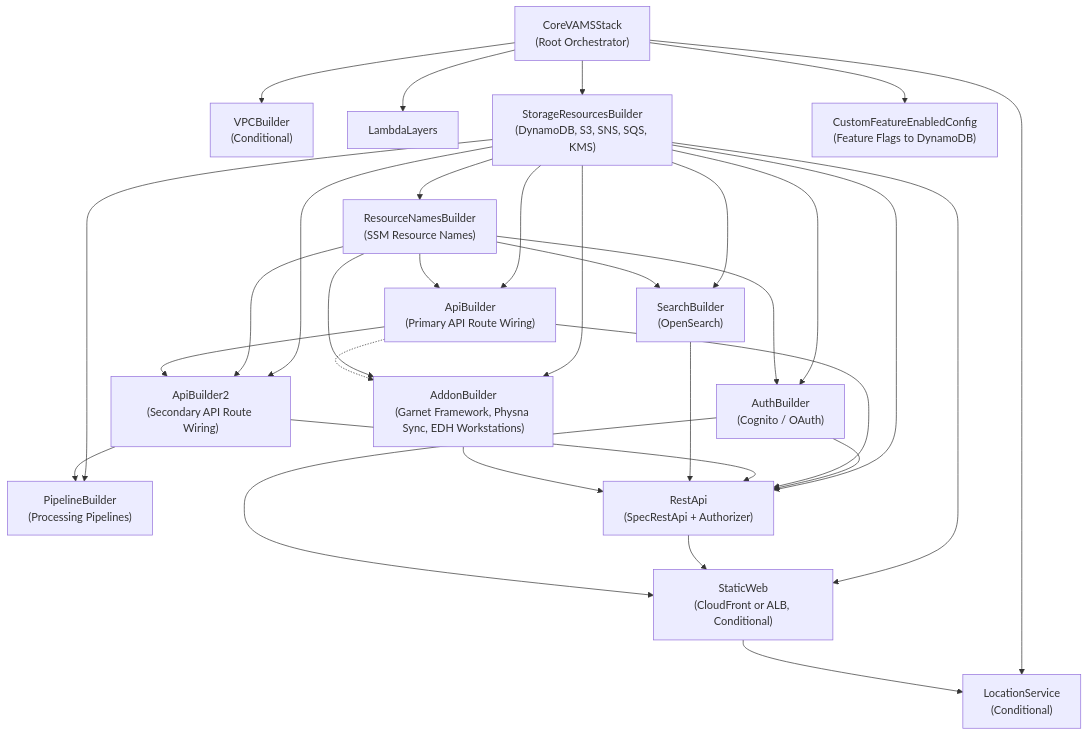
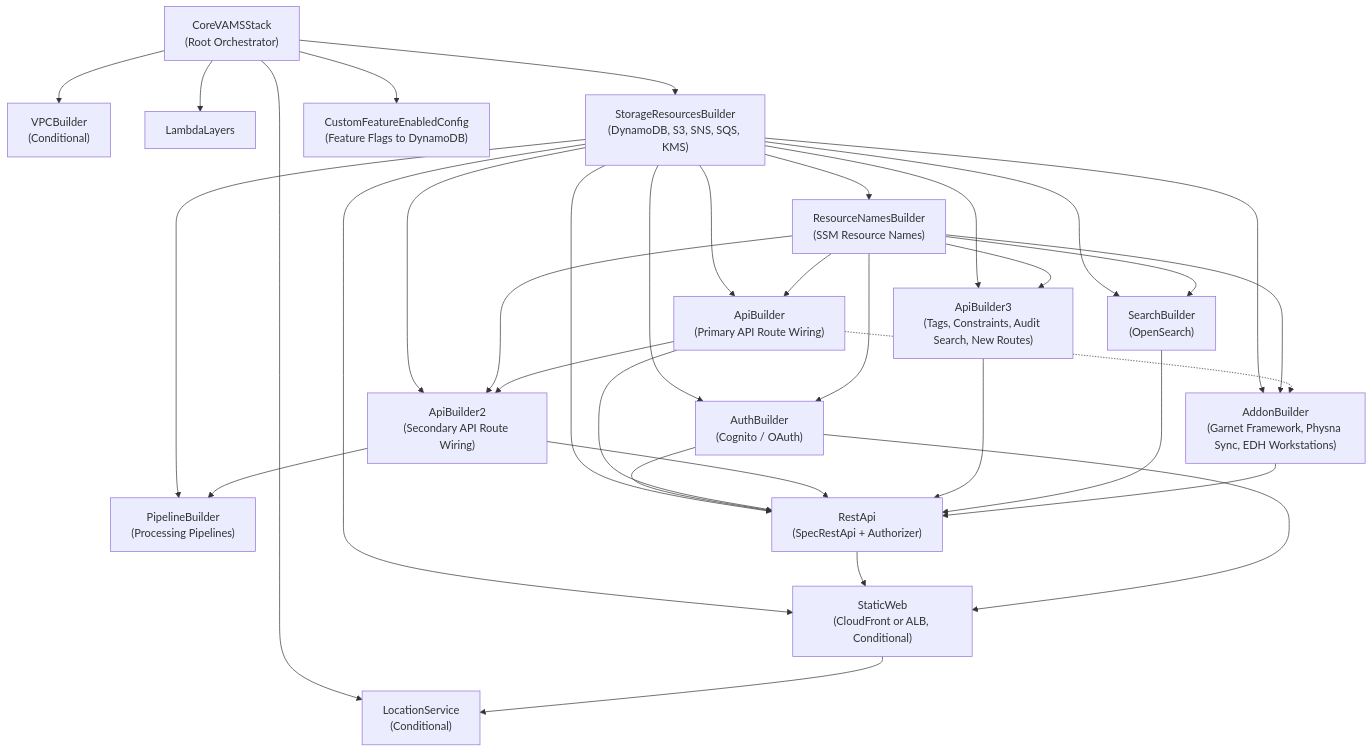
Before and after one commit to awslabs/visual-asset-management-system: the third of 3 diagrams in documentation/docusaurus-site/docs/architecture/overview.md, drawn with Mermaid. The commit also changed 10 other files, not shown here.

````diff
--- a/documentation/docusaurus-site/docs/architecture/overview.md
+++ b/documentation/docusaurus-site/docs/architecture/overview.md
@@ -132,49 +132,53 @@
 ```mermaid
 graph TD
     Core["CoreVAMSStack<br/>(Root Orchestrator)"]
     VPC["VPCBuilder<br/>(Conditional)"]
     Layers["LambdaLayers"]
     Storage["StorageResourcesBuilder<br/>(DynamoDB, S3, SNS, SQS, KMS)"]
     Names["ResourceNamesBuilder<br/>(SSM Resource Names)"]
     Auth["AuthBuilder<br/>(Cognito / OAuth)"]
     APIBuilder["ApiBuilder<br/>(Primary API Route Wiring)"]
     APIBuilder2["ApiBuilder2<br/>(Secondary API Route Wiring)"]
+    APIBuilder3["ApiBuilder3<br/>(Tags, Constraints, Audit Search, New Routes)"]
     Search["SearchBuilder<br/>(OpenSearch)"]
     Pipelines["PipelineBuilder<br/>(Processing Pipelines)"]
     Addons["AddonBuilder<br/>(Garnet Framework, Physna Sync, EDH Workstations)"]
     API["RestApi<br/>(SpecRestApi + Authorizer)"]
     StaticWeb["StaticWeb<br/>(CloudFront or ALB, Conditional)"]
     Location["LocationService<br/>(Conditional)"]
     Features["CustomFeatureEnabledConfig<br/>(Feature Flags to DynamoDB)"]
 
     Core --> VPC
     Core --> Layers
     Core --> Storage
     Core --> Location
     Core --> Features
     Storage --> Names
     Storage --> Auth
     Names --> Auth
     Storage --> APIBuilder
     Names --> APIBuilder
     Storage --> APIBuilder2
     Names --> APIBuilder2
     APIBuilder --> APIBuilder2
+    Storage --> APIBuilder3
+    Names --> APIBuilder3
     Storage --> Search
     Names --> Search
     Storage --> Pipelines
     APIBuilder2 --> Pipelines
     Storage --> Addons
     Names --> Addons
     APIBuilder -.-> Addons
     Storage --> API
     Auth --> API
     APIBuilder --> API
     APIBuilder2 --> API
+    APIBuilder3 --> API
     Search --> API
     Addons --> API
     Storage --> StaticWeb
     API --> StaticWeb
     Auth --> StaticWeb
     StaticWeb --> Location
 ```
````
